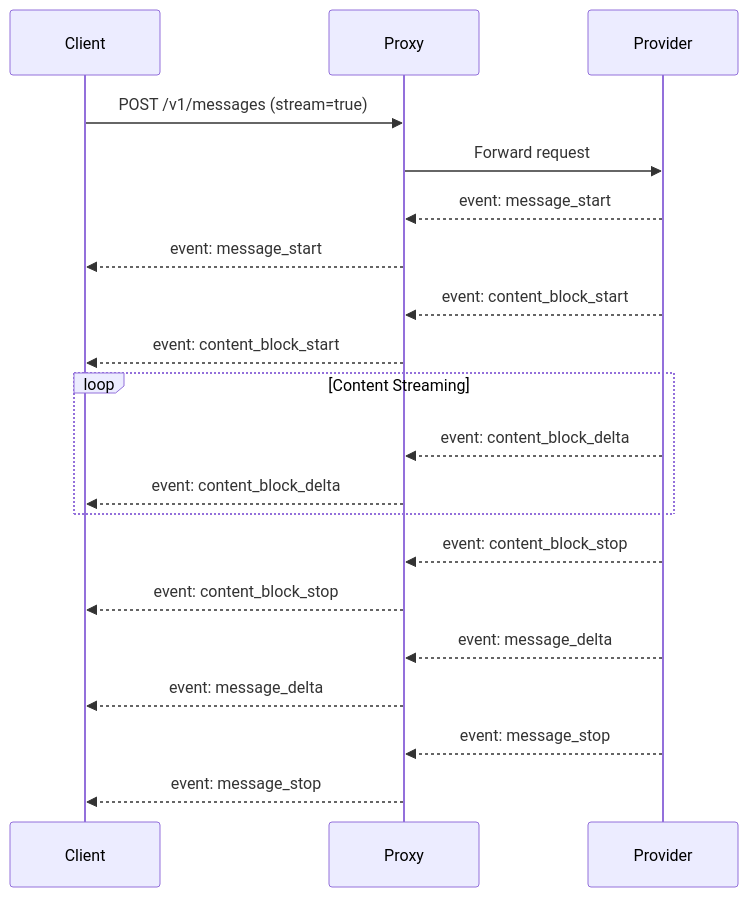
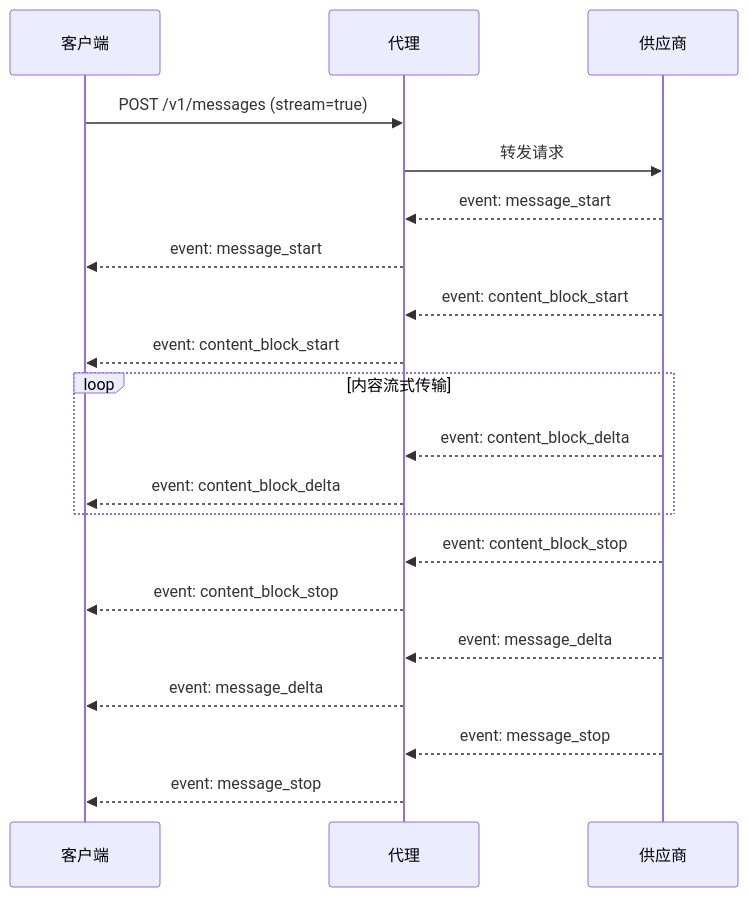
The fourth of 5 diagrams in docs-site/content/zh-cn/docs/architecture.md (omarluq/cc-relay), drawn with Mermaid before and after one commit. The commit also changed other lines of this file and 4 other files, not shown here.

First line of the commit message:
docs: translate architecture.md to all supported languages

````diff
--- a/docs-site/content/zh-cn/docs/architecture.md
+++ b/docs-site/content/zh-cn/docs/architecture.md
@@ -210,29 +210,29 @@
 ```mermaid
 sequenceDiagram
-    participant Client
-    participant Proxy
-    participant Provider
+    participant Client as 客户端
+    participant Proxy as 代理
+    participant Provider as 供应商
 
     Client->>Proxy: POST /v1/messages (stream=true)
-    Proxy->>Provider: Forward request
+    Proxy->>Provider: 转发请求
 
     Provider-->>Proxy: event: message_start
     Proxy-->>Client: event: message_start
 
     Provider-->>Proxy: event: content_block_start
     Proxy-->>Client: event: content_block_start
 
-    loop Content Streaming
+    loop 内容流式传输
         Provider-->>Proxy: event: content_block_delta
         Proxy-->>Client: event: content_block_delta
     end
 
     Provider-->>Proxy: event: content_block_stop
     Proxy-->>Client: event: content_block_stop
 
     Provider-->>Proxy: event: message_delta
     Proxy-->>Client: event: message_delta
 
     Provider-->>Proxy: event: message_stop
     Proxy-->>Client: event: message_stop
 ```
````
